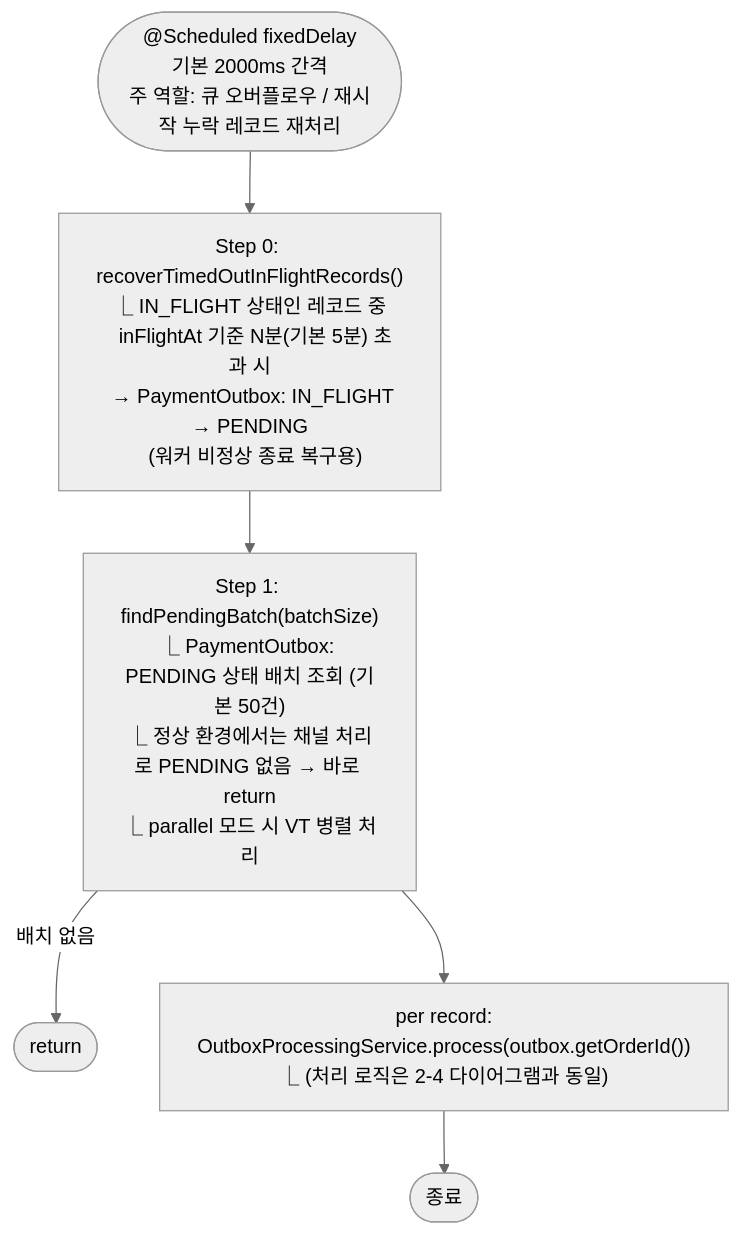
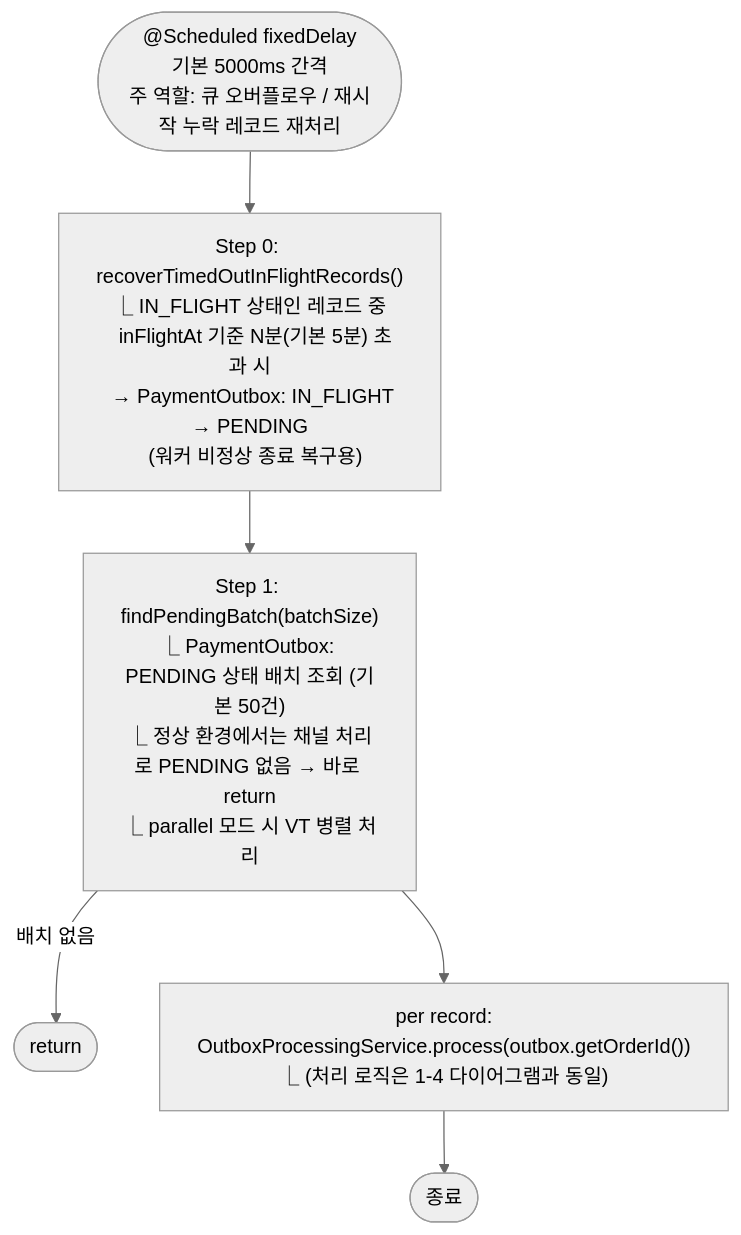
Before and after one commit to hyoguoo/payment-platform: the fifth of 7 diagrams in docs/context/CONFIRM-FLOW-FLOWCHART.md, drawn with Mermaid (neutral theme). The commit also changed other lines of this file and 9 other files, not shown here.

````diff
--- a/docs/context/CONFIRM-FLOW-FLOWCHART.md
+++ b/docs/context/CONFIRM-FLOW-FLOWCHART.md
@@ -194,14 +134,14 @@
 ```mermaid
 flowchart TD
-    S(["@Scheduled fixedDelay\n기본 2000ms 간격\n주 역할: 큐 오버플로우 / 재시작 누락 레코드 재처리"]) --> R
+    S(["@Scheduled fixedDelay\n기본 5000ms 간격\n주 역할: 큐 오버플로우 / 재시작 누락 레코드 재처리"]) --> R
 
     R["Step 0: recoverTimedOutInFlightRecords()\n⎿ IN_FLIGHT 상태인 레코드 중\n  inFlightAt 기준 N분(기본 5분) 초과 시\n  → PaymentOutbox: IN_FLIGHT → PENDING\n  (워커 비정상 종료 복구용)"]
     R --> P
 
     P["Step 1: findPendingBatch(batchSize)\n⎿ PaymentOutbox: PENDING 상태 배치 조회 (기본 50건)\n⎿ 정상 환경에서는 채널 처리로 PENDING 없음 → 바로 return\n⎿ parallel 모드 시 VT 병렬 처리"]
     P -->|배치 없음| SKIP([return])
     P --> PROC
 
-    PROC["per record:\nOutboxProcessingService.process(outbox.getOrderId())\n⎿ (처리 로직은 2-4 다이어그램과 동일)"]
+    PROC["per record:\nOutboxProcessingService.process(outbox.getOrderId())\n⎿ (처리 로직은 1-4 다이어그램과 동일)"]
     PROC --> Z_END([종료])
 ```
````
